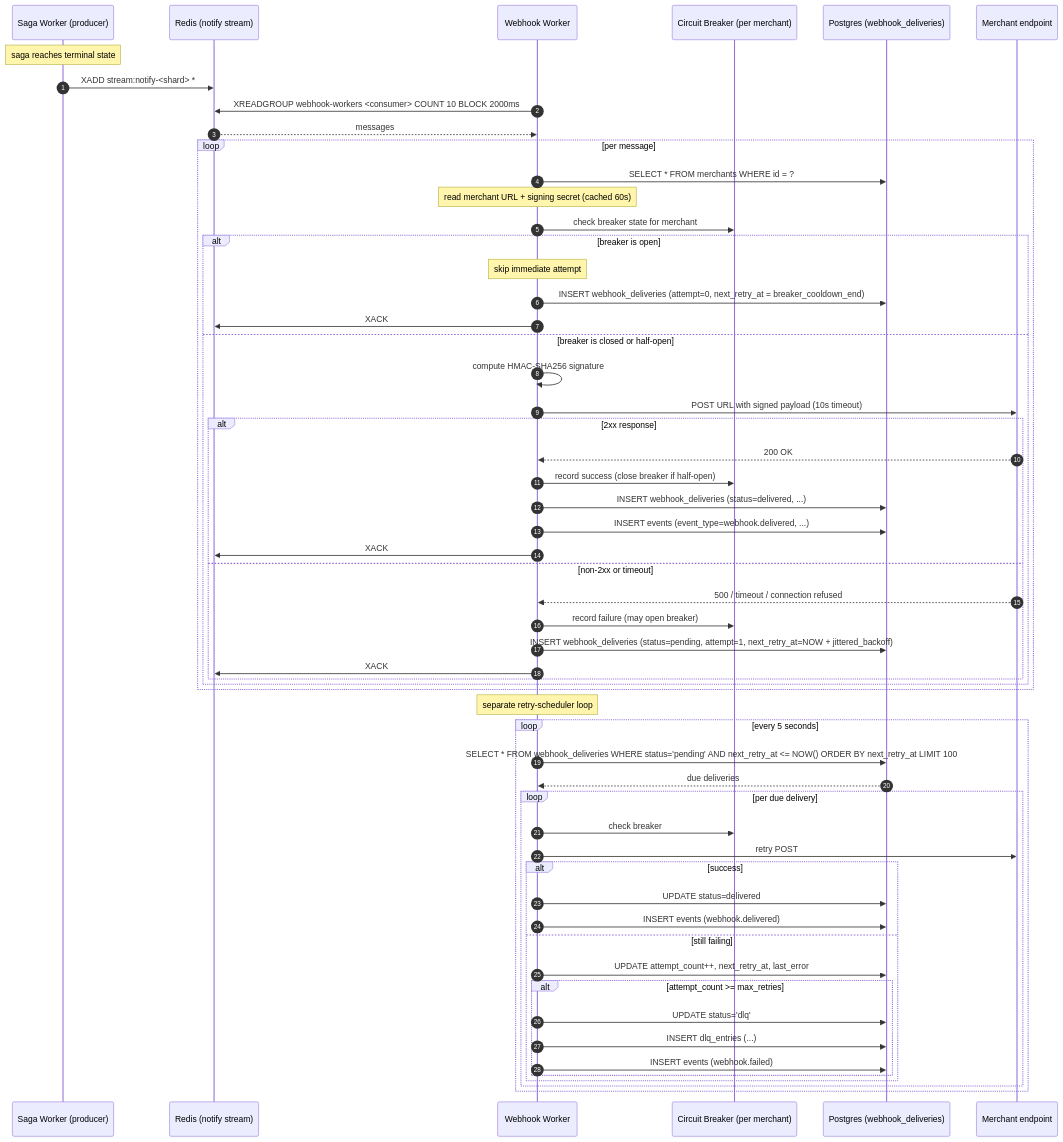
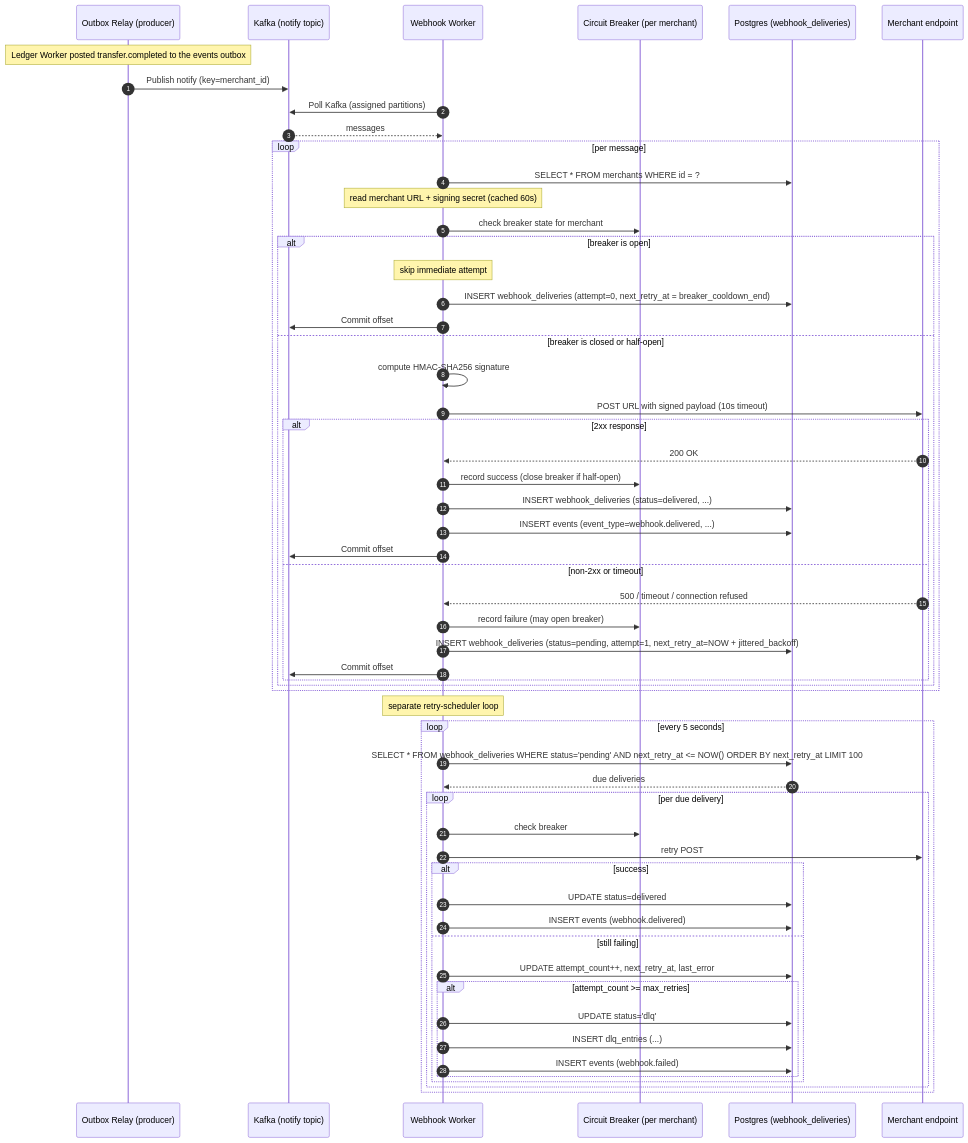
One commit to Joel-Ajayi/river-rust-queue changed the diagram in docs/services/12-WEBHOOK-WORKER.md. Above: the diagram before and after it, drawn with Mermaid. The commit also changed other lines of this file and 17 other files, not shown here.

Commit message:
Changed architecture to use Kafka instead of Redis stream

````diff
--- a/docs/services/12-WEBHOOK-WORKER.md
+++ b/docs/services/12-WEBHOOK-WORKER.md
@@ -83,64 +81,64 @@
 ```mermaid
 sequenceDiagram
     autonumber
-    participant SW as Saga Worker (producer)
-    participant NS as Redis (notify stream)
+    participant SW as Outbox Relay (producer)
+    participant NS as Kafka (notify topic)
     participant WW as Webhook Worker
     participant CB as Circuit Breaker (per merchant)
     participant DB as Postgres (webhook_deliveries)
     participant ME as Merchant endpoint
 
-    Note over SW: saga reaches terminal state
-    SW->>NS: XADD stream:notify-<shard> *
+    Note over SW: Ledger Worker posted transfer.completed to the events outbox
+    SW->>NS: Publish notify (key=merchant_id)
 
-    WW->>NS: XREADGROUP webhook-workers <consumer> COUNT 10 BLOCK 2000ms
+    WW->>NS: Poll Kafka (assigned partitions)
     NS-->>WW: messages
 
     loop per message
         WW->>DB: SELECT * FROM merchants WHERE id = ?
         Note over WW: read merchant URL + signing secret (cached 60s)
 
         WW->>CB: check breaker state for merchant
         alt breaker is open
             Note over WW: skip immediate attempt
             WW->>DB: INSERT webhook_deliveries (attempt=0, next_retry_at = breaker_cooldown_end)
-            WW->>NS: XACK
+            WW->>NS: Commit offset
         else breaker is closed or half-open
             WW->>WW: compute HMAC-SHA256 signature
             WW->>ME: POST URL with signed payload (10s timeout)
             alt 2xx response
                 ME-->>WW: 200 OK
                 WW->>CB: record success (close breaker if half-open)
                 WW->>DB: INSERT webhook_deliveries (status=delivered, ...)
                 WW->>DB: INSERT events (event_type=webhook.delivered, ...)
-                WW->>NS: XACK
+                WW->>NS: Commit offset
             else non-2xx or timeout
                 ME-->>WW: 500 / timeout / connection refused
                 WW->>CB: record failure (may open breaker)
                 WW->>DB: INSERT webhook_deliveries (status=pending, attempt=1, next_retry_at=NOW + jittered_backoff)
-                WW->>NS: XACK
+                WW->>NS: Commit offset
             end
         end
     end
 
     Note over WW: separate retry-scheduler loop
     loop every 5 seconds
         WW->>DB: SELECT * FROM webhook_deliveries WHERE status='pending' AND next_retry_at <= NOW() ORDER BY next_retry_at LIMIT 100
         DB-->>WW: due deliveries
         loop per due delivery
             WW->>CB: check breaker
             WW->>ME: retry POST
             alt success
                 WW->>DB: UPDATE status=delivered
                 WW->>DB: INSERT events (webhook.delivered)
             else still failing
                 WW->>DB: UPDATE attempt_count++, next_retry_at, last_error
                 alt attempt_count >= max_retries
                     WW->>DB: UPDATE status='dlq'
                     WW->>DB: INSERT dlq_entries (...)
                     WW->>DB: INSERT events (webhook.failed)
                 end
             end
         end
     end
 ```
````
